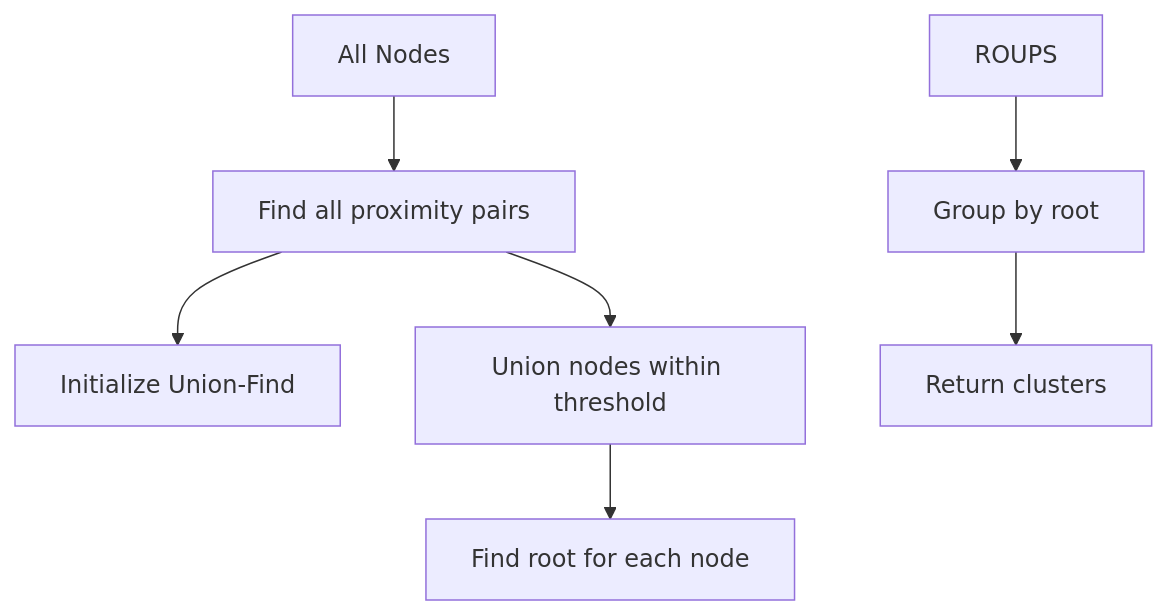
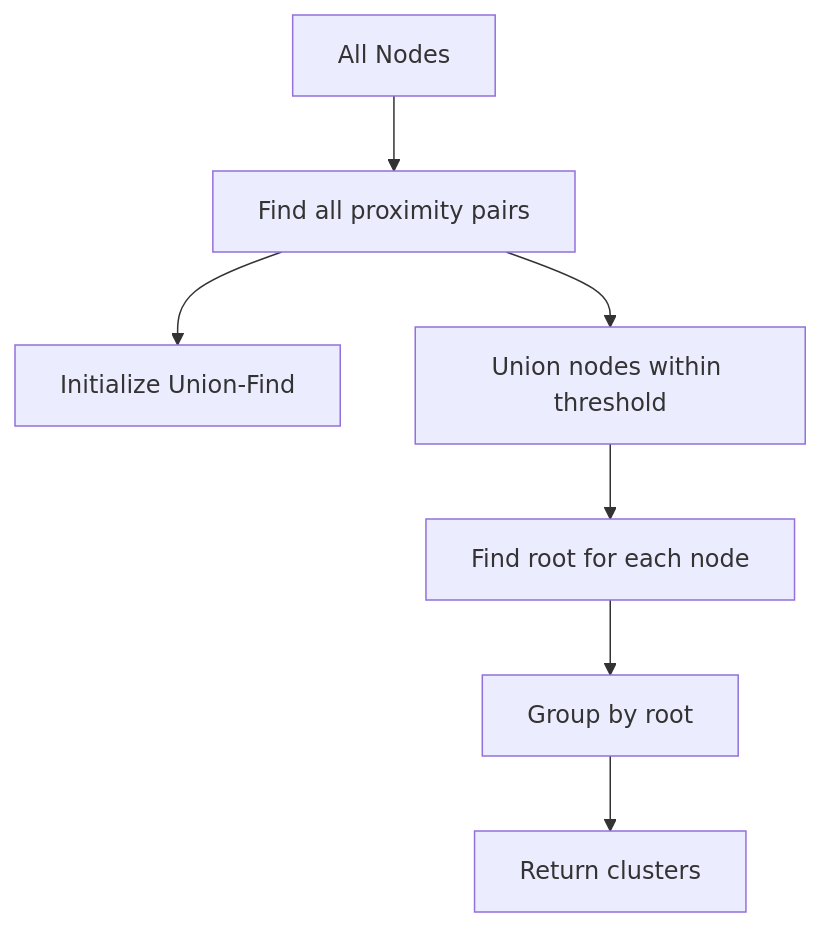
Diagram 15 of 35 in README.md (AAH20/Apex_Orbital_Sentinel), drawn with Mermaid before and after one commit. The commit also changed other lines of this file and 4 other files, not shown here.

Commit message:
Enhance: README, demos, gap analysis, mermaid diagrams, CI/CD, Docker, Helm, Terraform

````diff
--- a/README.md
+++ b/README.md
@@ -337,9 +426,9 @@
 ```mermaid
 flowchart TD
     START[All Nodes] --> PAIRS[Find all proximity pairs]
     PAIRS --> UF[Initialize Union-Find]
     PAIRS --> UNION[Union nodes within threshold]
     UNION --> ROOTS[Find root for each node]
-    ROUPS --> GROUP[Group by root]
+    ROOTS --> GROUP[Group by root]
     GROUP --> RESULT[Return clusters]
 ```
````
